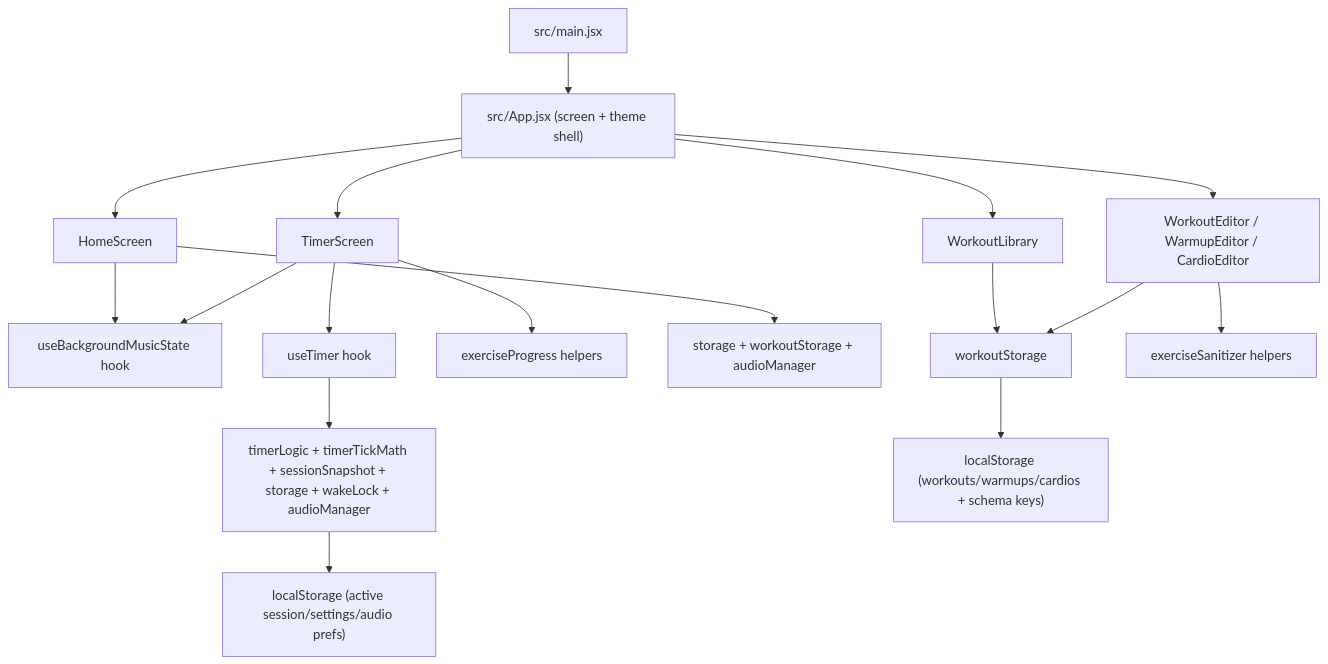
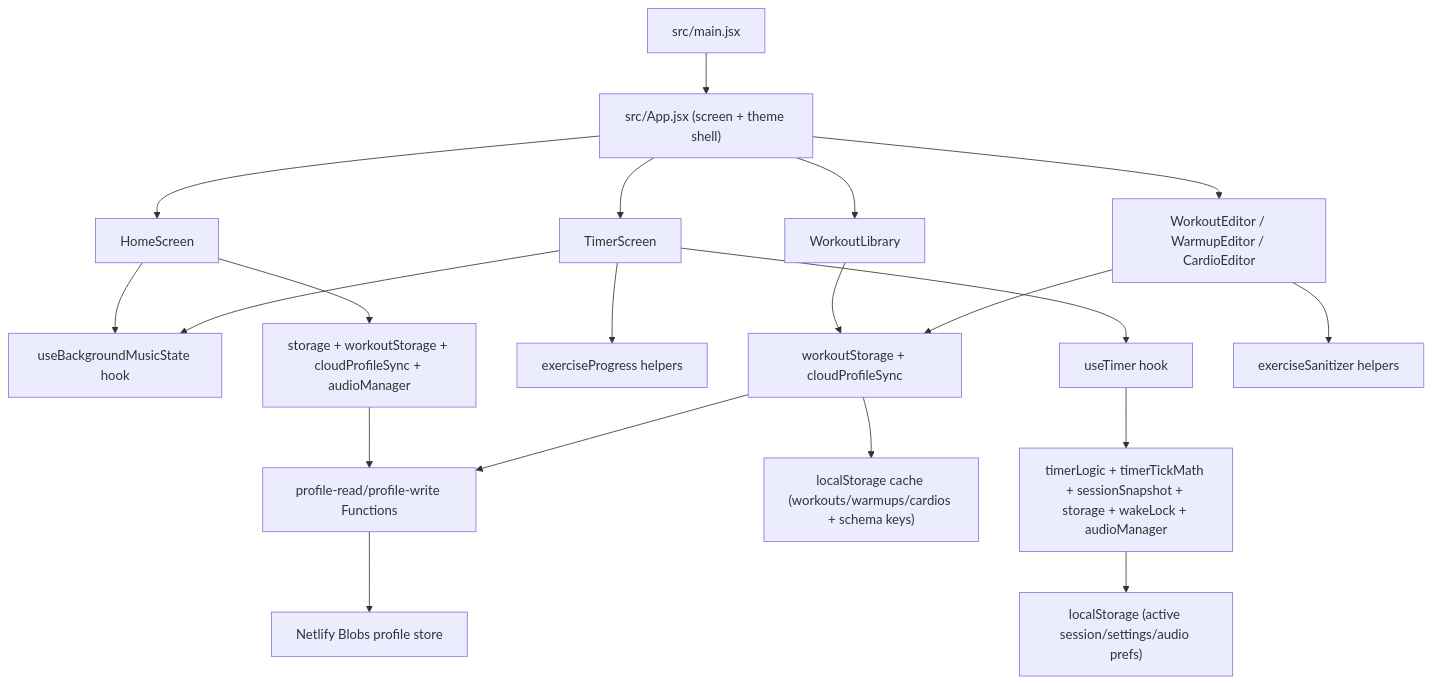
One commit to milogosx/new-timer changed the diagram in docs/architecture-map.md. Above: the diagram before and after it, drawn with Mermaid. The commit also changed other lines of this file and 15 other files, not shown here.

Commit message:
feat(storage): add netlify blobs profile sync for workout defaults

````diff
--- a/docs/architecture-map.md
+++ b/docs/architecture-map.md
@@ -14,19 +14,22 @@
 ```mermaid
 flowchart TD
   A["src/main.jsx"] --> B["src/App.jsx (screen + theme shell)"]
   B --> C["HomeScreen"]
   B --> D["TimerScreen"]
   B --> E["WorkoutLibrary"]
   B --> F["WorkoutEditor / WarmupEditor / CardioEditor"]
   C --> M["useBackgroundMusicState hook"]
   D --> G["useTimer hook"]
   D --> N["exerciseProgress helpers"]
   D --> M
   G --> H["timerLogic + timerTickMath + sessionSnapshot + storage + wakeLock + audioManager"]
-  C --> I["storage + workoutStorage + audioManager"]
-  E --> J["workoutStorage"]
+  C --> I["storage + workoutStorage + cloudProfileSync + audioManager"]
+  E --> J["workoutStorage + cloudProfileSync"]
   F --> O["exerciseSanitizer helpers"]
   F --> J
-  J --> K["localStorage (workouts/warmups/cardios + schema keys)"]
+  J --> K["localStorage cache (workouts/warmups/cardios + schema keys)"]
+  P["profile-read/profile-write Functions"] --> Q["Netlify Blobs profile store"]
+  I --> P
+  J --> P
   H --> L["localStorage (active session/settings/audio prefs)"]
 ```
````
